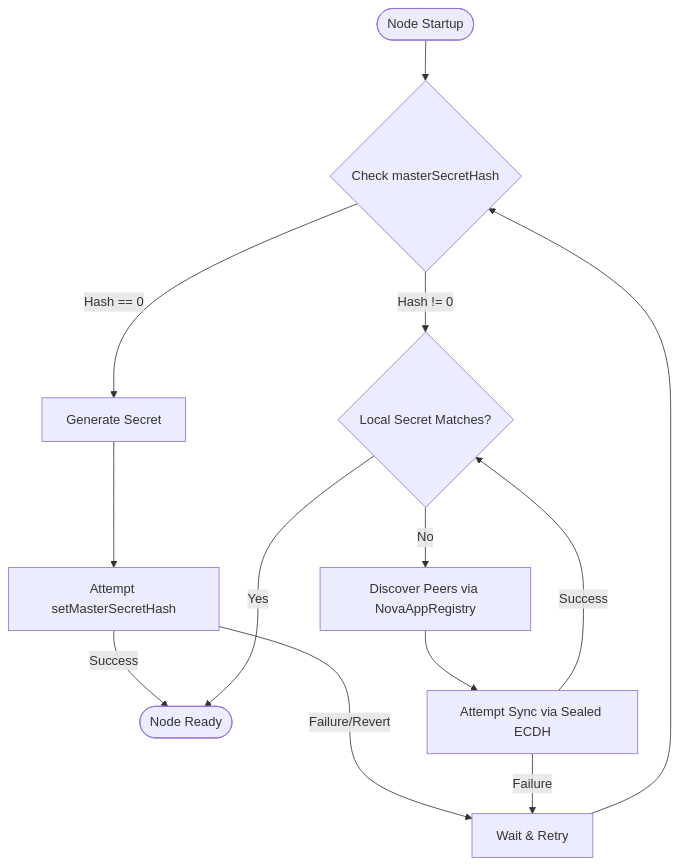
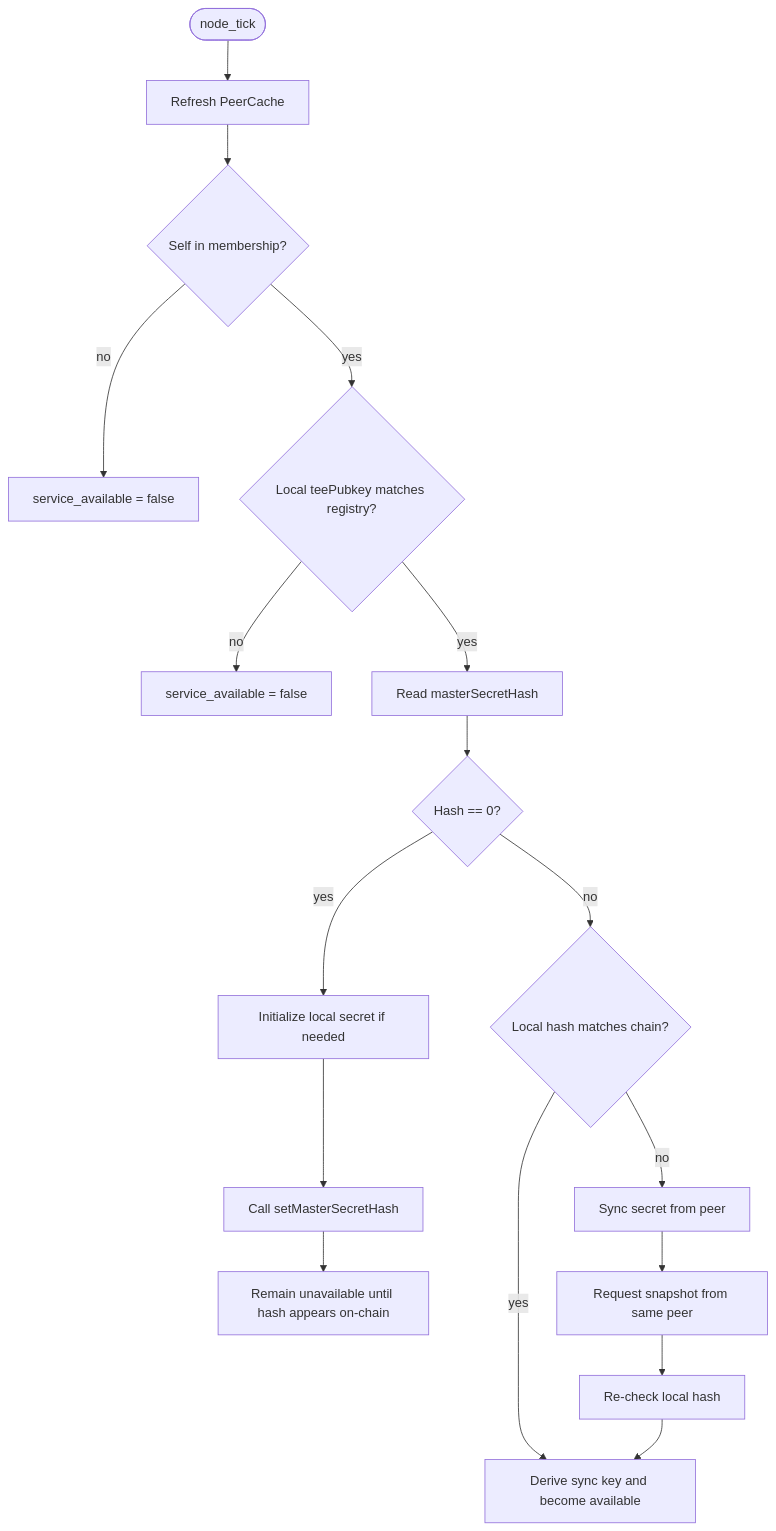
The second of 2 diagrams in docs/kms-core-workflows.md (sparsity-xyz/nova-kms), drawn with Mermaid before and after one commit. The commit also changed other lines of this file and 10 other files, not shown here.

````diff
--- a/docs/kms-core-workflows.md
+++ b/docs/kms-core-workflows.md
@@ -109,18 +54,19 @@
 ```mermaid
 flowchart TD
-    Start([Node Startup]) --> CheckChain{Check masterSecretHash}
-
-    CheckChain -- Hash == 0 --> Generate[Generate Secret]
-    Generate --> SetHash[Attempt setMasterSecretHash]
-    SetHash -- Success --> Ready([Node Ready])
-    SetHash -- Failure/Revert --> Wait[Wait & Retry]
-    Wait --> CheckChain
-
-    CheckChain -- Hash != 0 --> Verify{Local Secret Matches?}
-    Verify -- Yes --> Ready
-    Verify -- No --> Discovery[Discover Peers via NovaAppRegistry]
-    Discovery --> Sync[Attempt Sync via Sealed ECDH]
-    
-    Sync -- Success --> Verify
-    Sync -- Failure --> Wait
+    Start([node_tick]) --> Refresh[Refresh PeerCache]
+    Refresh --> SelfCheck{Self in membership?}
+    SelfCheck -- no --> Unavailable1[service_available = false]
+    SelfCheck -- yes --> PubkeyCheck{Local teePubkey matches registry?}
+    PubkeyCheck -- no --> Unavailable2[service_available = false]
+    PubkeyCheck -- yes --> ChainHash[Read masterSecretHash]
+    ChainHash --> Zero{Hash == 0?}
+    Zero -- yes --> Init[Initialize local secret if needed]
+    Init --> SetHash[Call setMasterSecretHash]
+    SetHash --> WaitChain[Remain unavailable until hash appears on-chain]
+    Zero -- no --> Match{Local hash matches chain?}
+    Match -- yes --> Ready[Derive sync key and become available]
+    Match -- no --> SyncSecret[Sync secret from peer]
+    SyncSecret --> Snapshot[Request snapshot from same peer]
+    Snapshot --> Verify[Re-check local hash]
+    Verify --> Ready
 ```
````
